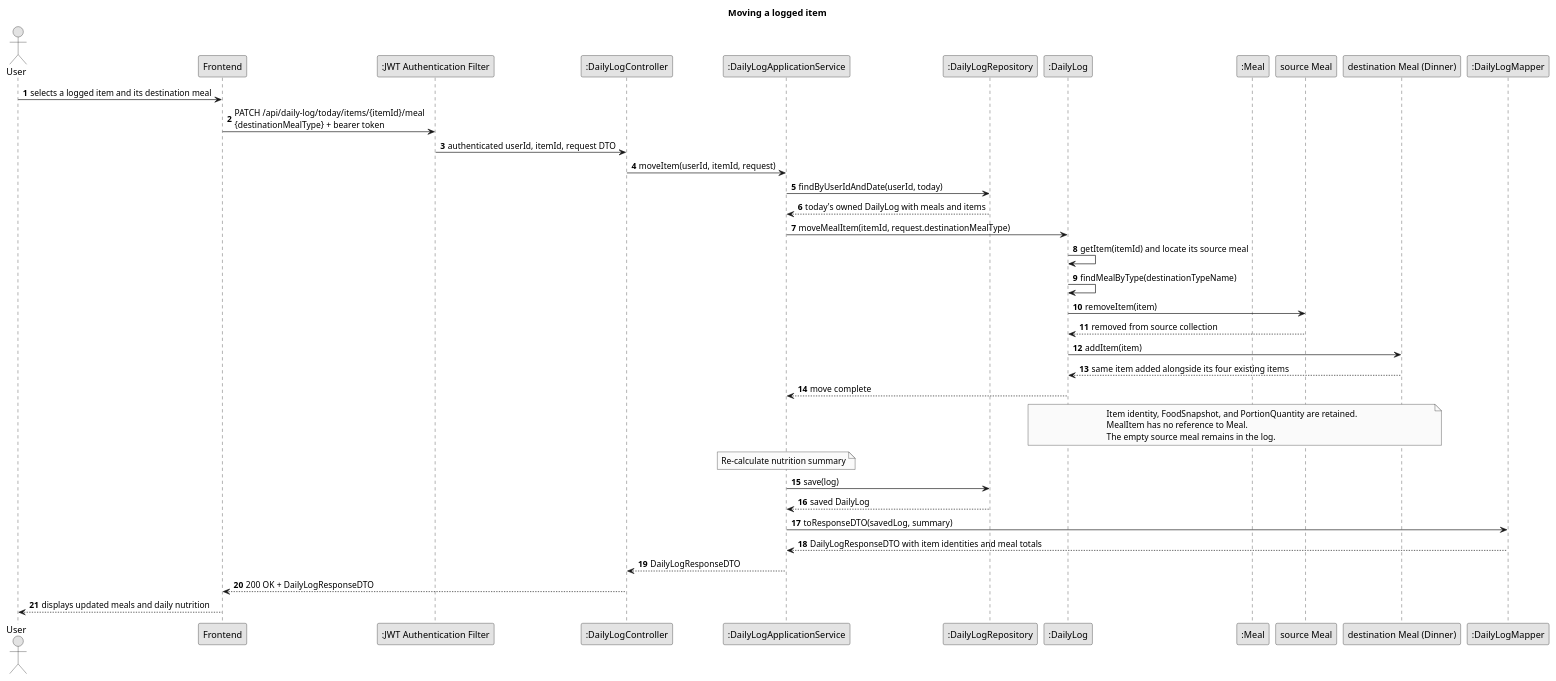
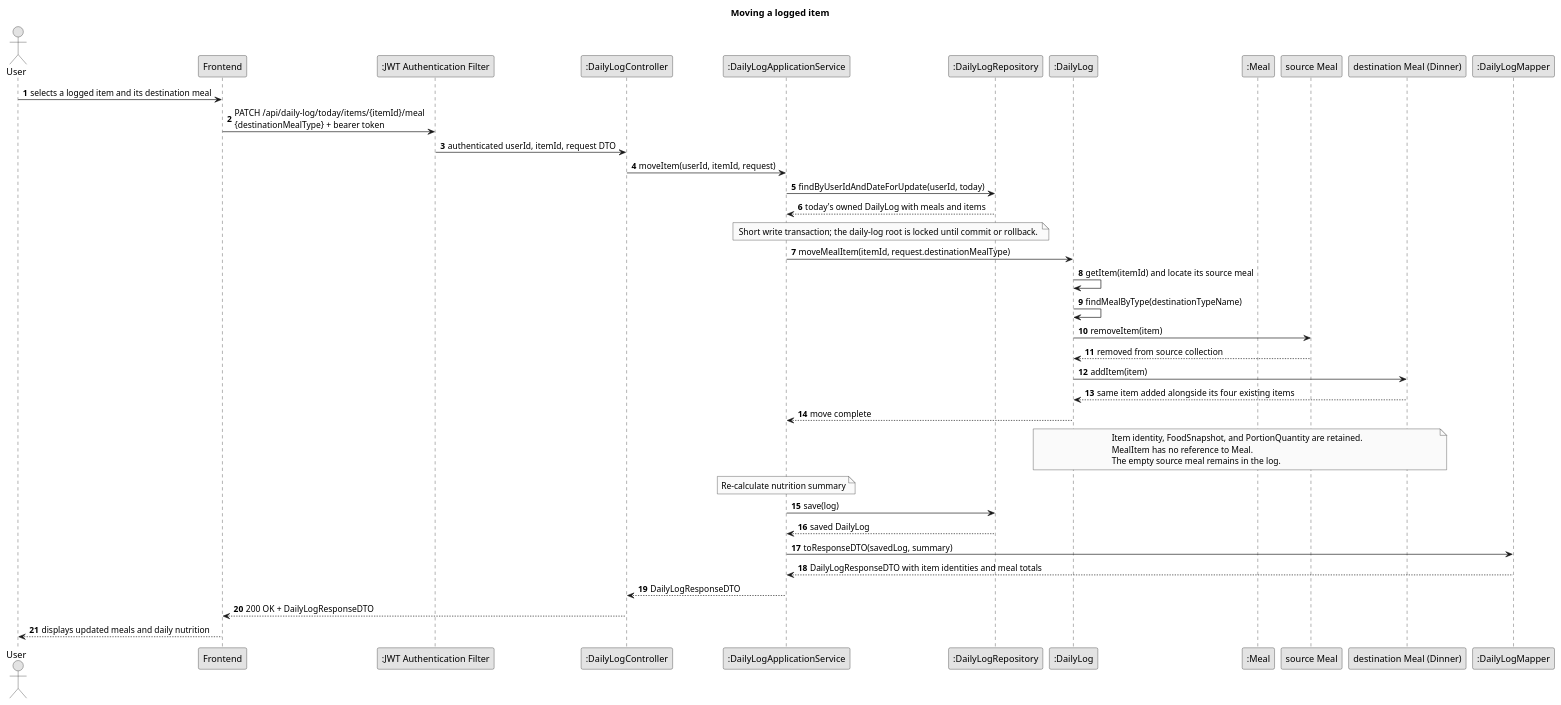
Before and after one commit to Pedro-P21/FitMaxxer: the diagram in backend/docs/US009/puml/US009_SD_2.puml, drawn with PlantUML. The commit also changed 27 other files, not shown here.

```diff
--- a/backend/docs/US009/puml/US009_SD_2.puml
+++ b/backend/docs/US009/puml/US009_SD_2.puml
@@ -1,48 +1,49 @@
 @startuml US009_SD_2
 title Moving a logged item
 autonumber
 skinparam monochrome true
 skinparam shadowing false
 
 actor User
 participant Frontend as UI
 participant ":JWT Authentication Filter" as Auth
 participant ":DailyLogController" as Ctrl
 participant ":DailyLogApplicationService" as Svc
 participant ":DailyLogRepository" as Repo
 participant ":DailyLog" as Log
 participant ":Meal" as Meal
 participant "source Meal" as Source
 participant "destination Meal (Dinner)" as Destination
 participant ":DailyLogMapper" as Mapper
 
 User -> UI : selects a logged item and its destination meal
 UI -> Auth : PATCH /api/daily-log/today/items/{itemId}/meal\n{destinationMealType} + bearer token
 Auth -> Ctrl : authenticated userId, itemId, request DTO
 Ctrl -> Svc : moveItem(userId, itemId, request)
-Svc -> Repo : findByUserIdAndDate(userId, today)
+Svc -> Repo : findByUserIdAndDateForUpdate(userId, today)
 Repo --> Svc : today's owned DailyLog with meals and items
+note over Svc, Repo : Short write transaction; the daily-log root is locked until commit or rollback.
 Svc -> Log : moveMealItem(itemId, request.destinationMealType)
 Log -> Log : getItem(itemId) and locate its source meal
 Log -> Log : findMealByType(destinationTypeName)
 Log -> Source : removeItem(item)
 Source --> Log : removed from source collection
 Log -> Destination : addItem(item)
 Destination --> Log : same item added alongside its four existing items
 Log --> Svc : move complete
 note over Log, Destination
   Item identity, FoodSnapshot, and PortionQuantity are retained.
   MealItem has no reference to Meal.
   The empty source meal remains in the log.
 end note
 
 note over Svc: Re-calculate nutrition summary
 Svc -> Repo : save(log)
 Repo --> Svc : saved DailyLog
 Svc -> Mapper : toResponseDTO(savedLog, summary)
 Mapper --> Svc : DailyLogResponseDTO with item identities and meal totals
 Svc --> Ctrl : DailyLogResponseDTO
 Ctrl --> UI : 200 OK + DailyLogResponseDTO
 UI --> User : displays updated meals and daily nutrition
 
 @enduml
```
